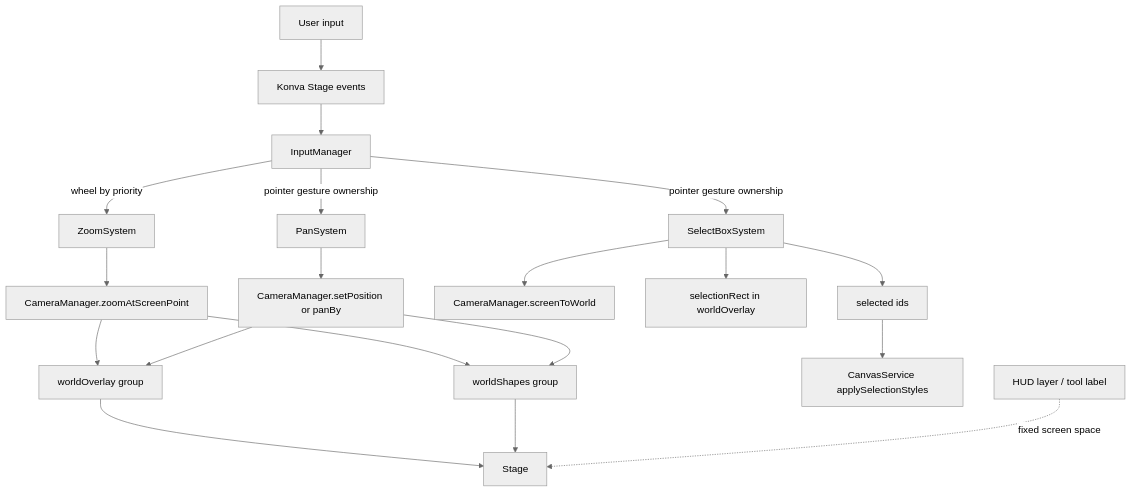
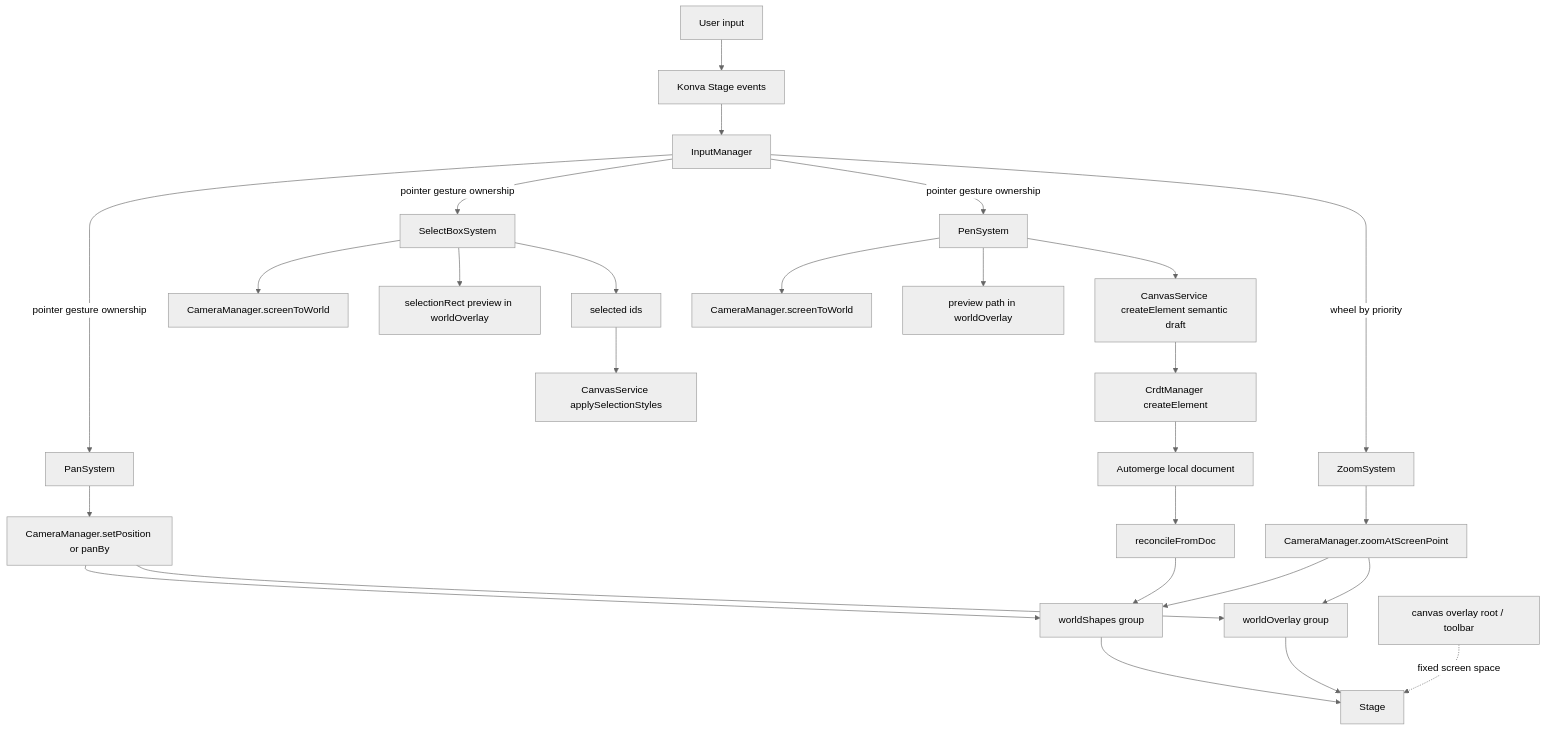
The diagram in specs/spec.canvas.md (vibecanvas/vibecanvas), drawn with Mermaid (neutral theme) before and after one commit. The commit also changed other lines of this file and 10 other files, not shown here.

Commit message:
feat: implement CRDT-backed persistence for pen strokes, refine canvas system visual management, and add a performance specification.

````diff
--- a/specs/spec.canvas.md
+++ b/specs/spec.canvas.md
@@ -410,26 +451,35 @@
 ```mermaid
 flowchart TD
   U1[User input] --> S1[Konva Stage events]
   S1 --> IM[InputManager]
 
   IM -->|pointer gesture ownership| P1[PanSystem]
   IM -->|pointer gesture ownership| SB1[SelectBoxSystem]
+  IM -->|pointer gesture ownership| PEN1[PenSystem]
   IM -->|wheel by priority| Z1[ZoomSystem]
 
   P1 --> C1[CameraManager.setPosition or panBy]
   Z1 --> C2[CameraManager.zoomAtScreenPoint]
   SB1 --> C3[CameraManager.screenToWorld]
+  PEN1 --> C4[CameraManager.screenToWorld]
 
   C1 --> WG1[worldShapes group]
   C1 --> WG2[worldOverlay group]
   C2 --> WG1
   C2 --> WG2
 
-  SB1 --> SR[selectionRect in worldOverlay]
+  SB1 --> SR[selectionRect preview in worldOverlay]
   SB1 --> SEL[selected ids]
   SEL --> CV[CanvasService applySelectionStyles]
 
-  HUD[HUD layer / tool label] -. fixed screen space .-> STAGE[Stage]
+  PEN1 --> PP[preview path in worldOverlay]
+  PEN1 --> CE[CanvasService createElement semantic draft]
+  CE --> CRDT[CrdtManager createElement]
+  CRDT --> DOC[Automerge local document]
+  DOC --> REC[reconcileFromDoc]
+  REC --> WG1
+
+  DOM[canvas overlay root / toolbar] -. fixed screen space .-> STAGE[Stage]
   WG1 --> STAGE
   WG2 --> STAGE
 ```
````
